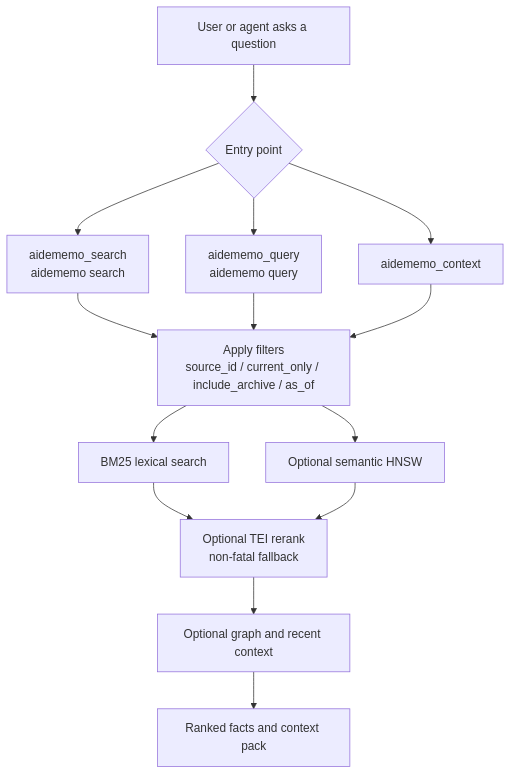
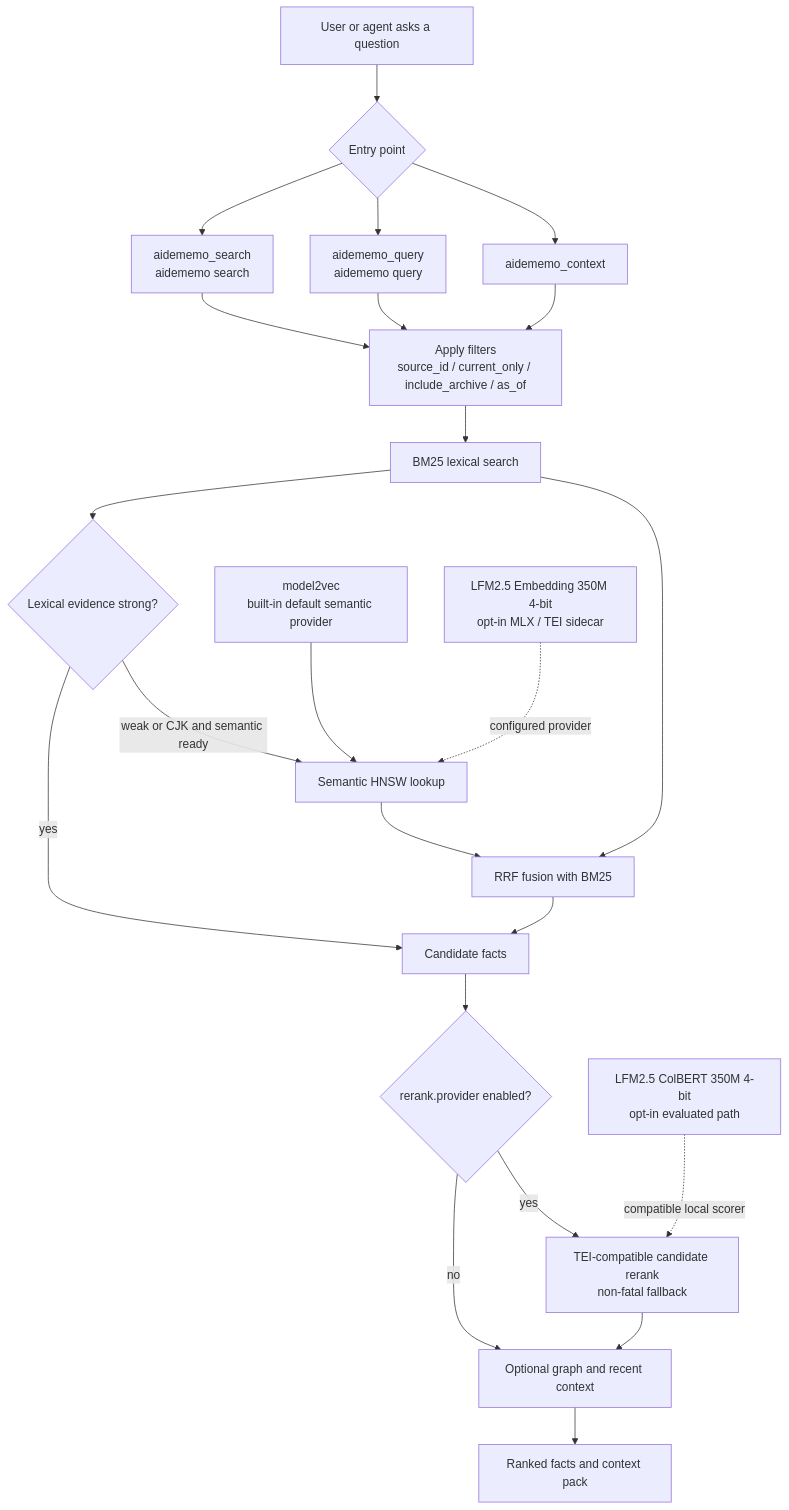
The second of 4 diagrams in docs/ARCHITECTURE.md (taeyun16/aidememo), drawn with Mermaid before and after one commit. The commit also changed other lines of this file and 6 other files, not shown here.

Commit message:
Document opt-in local SLM architecture

````diff
--- a/docs/ARCHITECTURE.md
+++ b/docs/ARCHITECTURE.md
@@ -59,28 +87,44 @@
 ```mermaid
 flowchart TD
   request["User or agent asks a question"]
   entry{"Entry point"}
   search["aidememo_search<br/>aidememo search"]
   query["aidememo_query<br/>aidememo query"]
   context["aidememo_context"]
   filters["Apply filters<br/>source_id / current_only / include_archive / as_of"]
   bm25["BM25 lexical search"]
-  hnsw["Optional semantic HNSW"]
-  rerank["Optional TEI rerank<br/>non-fatal fallback"]
+  auto_gate{"Lexical evidence strong?"}
+  model2vec["model2vec<br/>built-in default semantic provider"]
+  lfm_embed["LFM2.5 Embedding 350M 4-bit<br/>opt-in MLX / TEI sidecar"]
+  hnsw["Semantic HNSW lookup"]
+  fuse["RRF fusion with BM25"]
+  candidates["Candidate facts"]
+  rerank_gate{"rerank.provider enabled?"}
+  rerank["TEI-compatible candidate rerank<br/>non-fatal fallback"]
+  lfm_rerank["LFM2.5 ColBERT 350M 4-bit<br/>opt-in evaluated path"]
   graphCtx["Optional graph and recent context"]
   result["Ranked facts and context pack"]
 
   request --> entry
   entry --> search
   entry --> query
   entry --> context
   search --> filters
   query --> filters
   context --> filters
   filters --> bm25
-  filters --> hnsw
-  bm25 --> rerank
-  hnsw --> rerank
+  bm25 --> auto_gate
+  auto_gate -->|yes| candidates
+  auto_gate -->|weak or CJK and semantic ready| hnsw
+  model2vec --> hnsw
+  lfm_embed -. "configured provider" .-> hnsw
+  bm25 --> fuse
+  hnsw --> fuse
+  fuse --> candidates
+  candidates --> rerank_gate
+  rerank_gate -->|no| graphCtx
+  rerank_gate -->|yes| rerank
+  lfm_rerank -. "compatible local scorer" .-> rerank
   rerank --> graphCtx
   graphCtx --> result
 ```
````
